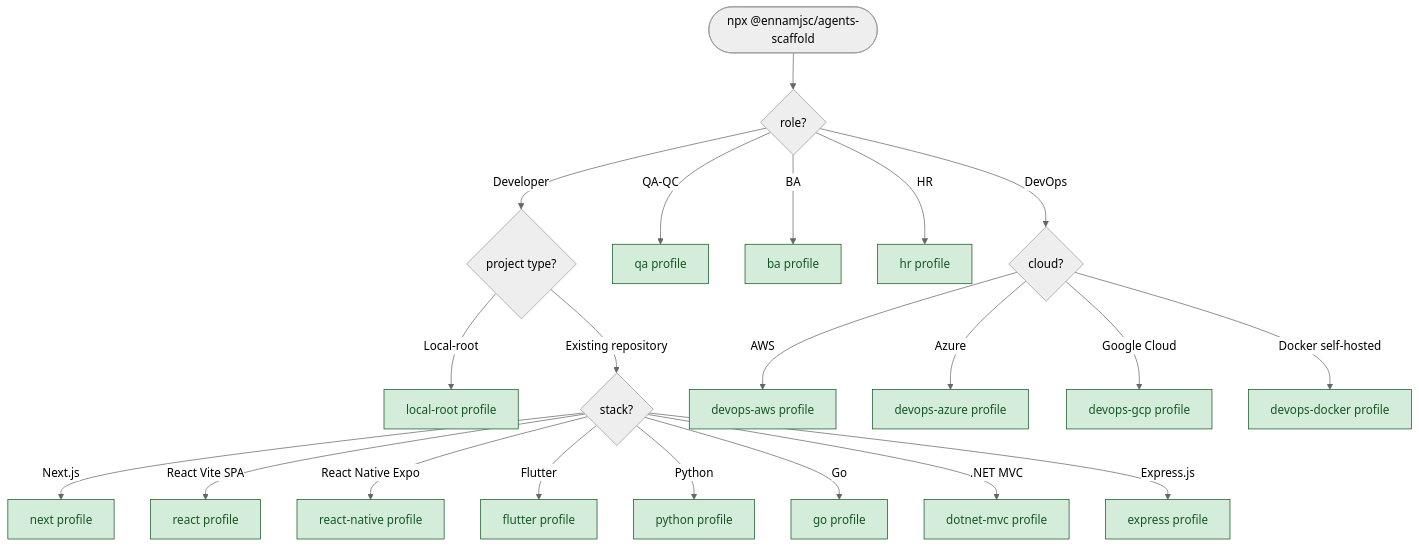
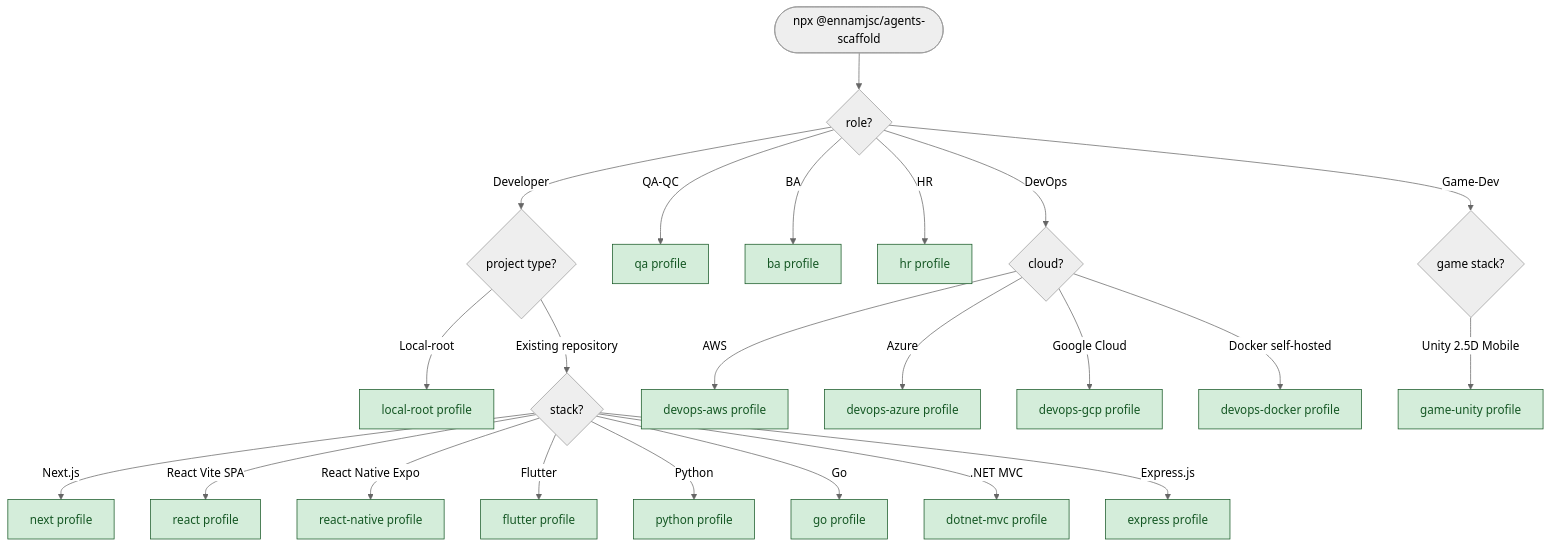
One commit to En-Nam/ennam-agents-scaffold changed the diagram in README.md. Above: the diagram before and after it, drawn with Mermaid (neutral theme). The commit also changed other lines of this file, not shown here.

First line of the commit message:
docs(v1.8.0): document game-unity profile in root README

````diff
--- a/README.md
+++ b/README.md
@@ -29,30 +29,33 @@
 ```mermaid
 flowchart TD
     Start([npx @ennamjsc/agents-scaffold]) --> Role{role?}
 
     Role -->|Developer| PType{project type?}
     Role -->|QA-QC| QA[qa profile]
     Role -->|BA| BA[ba profile]
     Role -->|HR| HR[hr profile]
     Role -->|DevOps| Cloud{cloud?}
+    Role -->|Game-Dev| GameStack{game stack?}
 
     PType -->|Local-root| LR[local-root profile]
     PType -->|Existing repository| Stack{stack?}
 
     Stack -->|Next.js| Next[next profile]
     Stack -->|React Vite SPA| React[react profile]
     Stack -->|React Native Expo| RN[react-native profile]
     Stack -->|Flutter| Flutter[flutter profile]
     Stack -->|Python| Python[python profile]
     Stack -->|Go| Go[go profile]
     Stack -->|.NET MVC| Dotnet[dotnet-mvc profile]
     Stack -->|Express.js| Express[express profile]
 
     Cloud -->|AWS| AWS[devops-aws profile]
     Cloud -->|Azure| Azure[devops-azure profile]
     Cloud -->|Google Cloud| GCP[devops-gcp profile]
     Cloud -->|Docker self-hosted| DockerProfile[devops-docker profile]
 
+    GameStack -->|Unity 2.5D Mobile| GameUnity[game-unity profile]
+
     classDef leaf fill:#d4edda,stroke:#155724,color:#155724;
-    class QA,BA,HR,LR,Next,React,RN,Flutter,Python,Go,Dotnet,Express,AWS,Azure,GCP,DockerProfile leaf;
+    class QA,BA,HR,LR,Next,React,RN,Flutter,Python,Go,Dotnet,Express,AWS,Azure,GCP,DockerProfile,GameUnity leaf;
 ```
````
